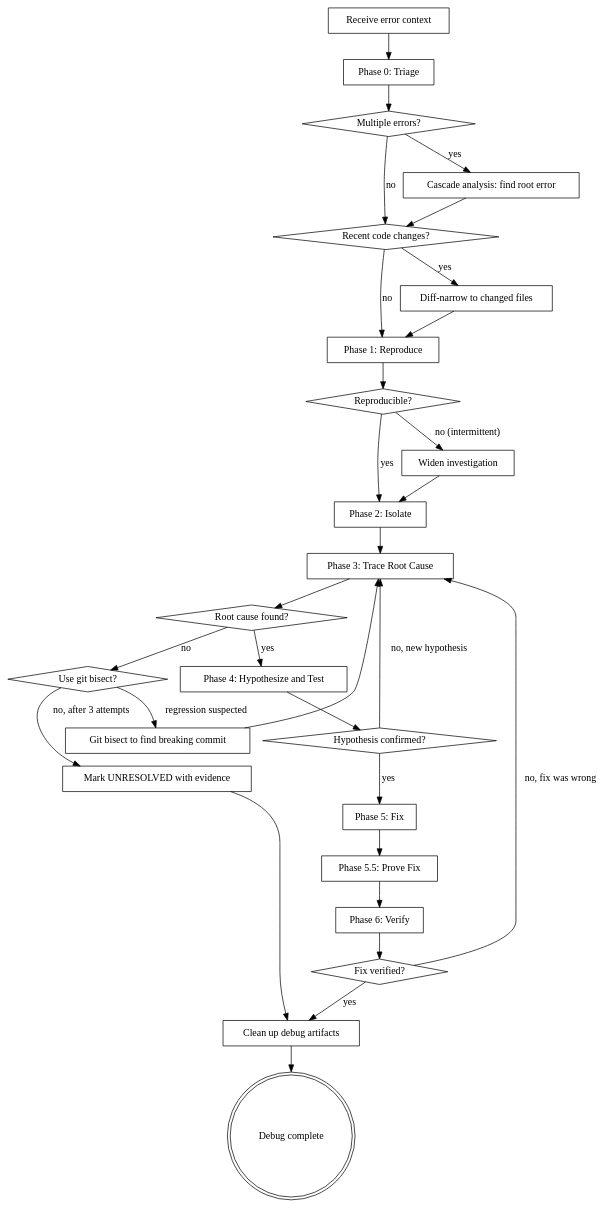
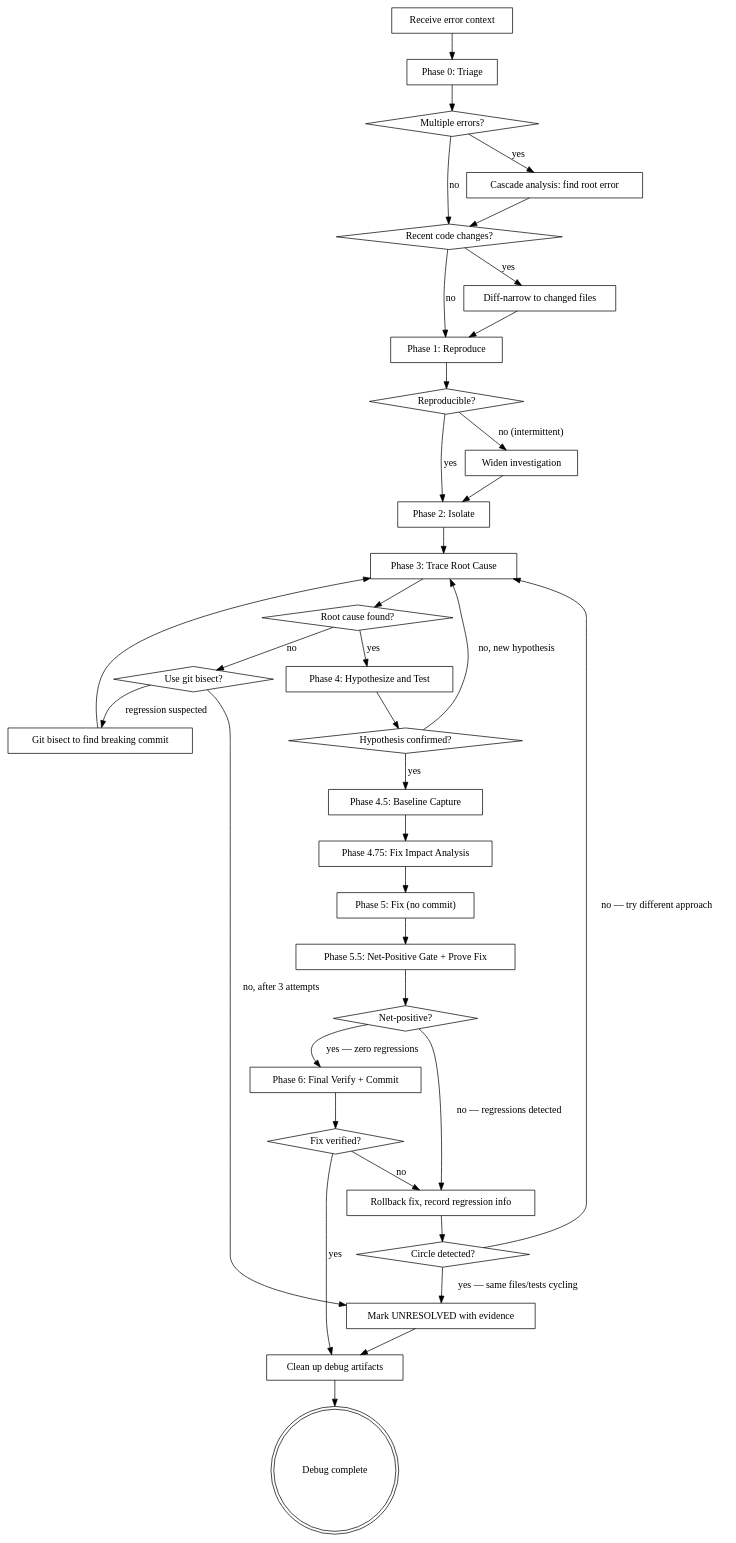
The first of 3 diagrams in skills/auto-debug/SKILL.md (hybriden/shipwright), drawn with Graphviz before and after one commit. The commit also changed other lines of this file and 11 other files, not shown here.

First line of the commit message:
feat: v2.0.0 — architecture mapping, anti-regression gates, contract tests, checkpoints

````diff
--- a/skills/auto-debug/SKILL.md
+++ b/skills/auto-debug/SKILL.md
@@ -37,59 +37,71 @@
 ```dot
 digraph auto_debug {
     rankdir=TB;
 
     "Receive error context" [shape=box];
     "Phase 0: Triage" [shape=box];
     "Multiple errors?" [shape=diamond];
     "Cascade analysis: find root error" [shape=box];
     "Recent code changes?" [shape=diamond];
     "Diff-narrow to changed files" [shape=box];
     "Phase 1: Reproduce" [shape=box];
     "Reproducible?" [shape=diamond];
     "Phase 2: Isolate" [shape=box];
     "Phase 3: Trace Root Cause" [shape=box];
     "Root cause found?" [shape=diamond];
     "Use git bisect?" [shape=diamond];
     "Git bisect to find breaking commit" [shape=box];
     "Phase 4: Hypothesize and Test" [shape=box];
     "Hypothesis confirmed?" [shape=diamond];
-    "Phase 5: Fix" [shape=box];
-    "Phase 5.5: Prove Fix" [shape=box];
-    "Phase 6: Verify" [shape=box];
+    "Phase 4.5: Baseline Capture" [shape=box];
+    "Phase 4.75: Fix Impact Analysis" [shape=box];
+    "Phase 5: Fix (no commit)" [shape=box];
+    "Phase 5.5: Net-Positive Gate + Prove Fix" [shape=box];
+    "Net-positive?" [shape=diamond];
+    "Rollback fix, record regression info" [shape=box];
+    "Circle detected?" [shape=diamond];
+    "Phase 6: Final Verify + Commit" [shape=box];
     "Fix verified?" [shape=diamond];
     "Widen investigation" [shape=box];
     "Mark UNRESOLVED with evidence" [shape=box];
     "Clean up debug artifacts" [shape=box];
     "Debug complete" [shape=doublecircle];
 
     "Receive error context" -> "Phase 0: Triage";
     "Phase 0: Triage" -> "Multiple errors?";
     "Multiple errors?" -> "Cascade analysis: find root error" [label="yes"];
     "Multiple errors?" -> "Recent code changes?" [label="no"];
     "Cascade analysis: find root error" -> "Recent code changes?";
     "Recent code changes?" -> "Diff-narrow to changed files" [label="yes"];
     "Recent code changes?" -> "Phase 1: Reproduce" [label="no"];
     "Diff-narrow to changed files" -> "Phase 1: Reproduce";
     "Phase 1: Reproduce" -> "Reproducible?";
     "Reproducible?" -> "Phase 2: Isolate" [label="yes"];
     "Reproducible?" -> "Widen investigation" [label="no (intermittent)"];
     "Widen investigation" -> "Phase 2: Isolate";
     "Phase 2: Isolate" -> "Phase 3: Trace Root Cause";
     "Phase 3: Trace Root Cause" -> "Root cause found?";
     "Root cause found?" -> "Phase 4: Hypothesize and Test" [label="yes"];
     "Root cause found?" -> "Use git bisect?" [label="no"];
     "Use git bisect?" -> "Git bisect to find breaking commit" [label="regression suspected"];
     "Use git bisect?" -> "Mark UNRESOLVED with evidence" [label="no, after 3 attempts"];
     "Git bisect to find breaking commit" -> "Phase 3: Trace Root Cause";
     "Phase 4: Hypothesize and Test" -> "Hypothesis confirmed?";
-    "Hypothesis confirmed?" -> "Phase 5: Fix" [label="yes"];
+    "Hypothesis confirmed?" -> "Phase 4.5: Baseline Capture" [label="yes"];
     "Hypothesis confirmed?" -> "Phase 3: Trace Root Cause" [label="no, new hypothesis"];
-    "Phase 5: Fix" -> "Phase 5.5: Prove Fix";
-    "Phase 5.5: Prove Fix" -> "Phase 6: Verify";
-    "Phase 6: Verify" -> "Fix verified?";
+    "Phase 4.5: Baseline Capture" -> "Phase 4.75: Fix Impact Analysis";
+    "Phase 4.75: Fix Impact Analysis" -> "Phase 5: Fix (no commit)";
+    "Phase 5: Fix (no commit)" -> "Phase 5.5: Net-Positive Gate + Prove Fix";
+    "Phase 5.5: Net-Positive Gate + Prove Fix" -> "Net-positive?";
+    "Net-positive?" -> "Phase 6: Final Verify + Commit" [label="yes — zero regressions"];
+    "Net-positive?" -> "Rollback fix, record regression info" [label="no — regressions detected"];
+    "Rollback fix, record regression info" -> "Circle detected?";
+    "Circle detected?" -> "Mark UNRESOLVED with evidence" [label="yes — same files/tests cycling"];
+    "Circle detected?" -> "Phase 3: Trace Root Cause" [label="no — try different approach"];
+    "Phase 6: Final Verify + Commit" -> "Fix verified?";
     "Fix verified?" -> "Clean up debug artifacts" [label="yes"];
-    "Fix verified?" -> "Phase 3: Trace Root Cause" [label="no, fix was wrong"];
+    "Fix verified?" -> "Rollback fix, record regression info" [label="no"];
     "Clean up debug artifacts" -> "Debug complete";
     "Mark UNRESOLVED with evidence" -> "Clean up debug artifacts";
 }
 ```
````
